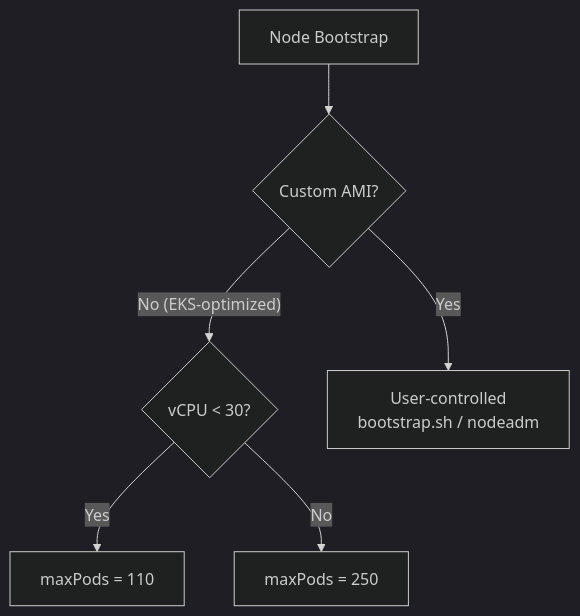
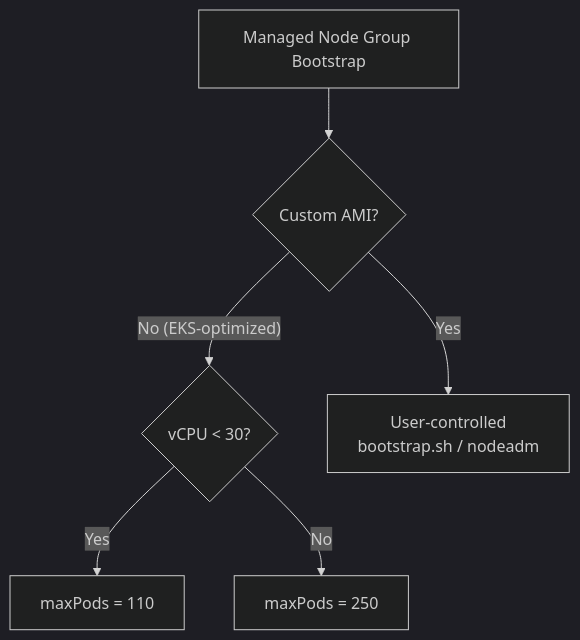
One commit to pyy0715/eks-pratice changed the diagram in docs/week2/3_pod-capacity.md. Above: the diagram before and after it, drawn with Mermaid (dark theme). The commit also changed other lines of this file and 9 other files, not shown here.

````diff
--- a/docs/week2/3_pod-capacity.md
+++ b/docs/week2/3_pod-capacity.md
@@ -50,8 +50,8 @@
 ```mermaid
 flowchart TD
-    A["Node Bootstrap"] --> B{"Custom AMI?"}
+    A["Managed Node Group Bootstrap"] --> B{"Custom AMI?"}
     B -->|"No (EKS-optimized)"| C{"vCPU < 30?"}
     C -->|"Yes"| D["maxPods = 110"]
     C -->|"No"| E["maxPods = 250"]
     B -->|"Yes"| F["User-controlled\nbootstrap.sh / nodeadm"]
 ```
````
